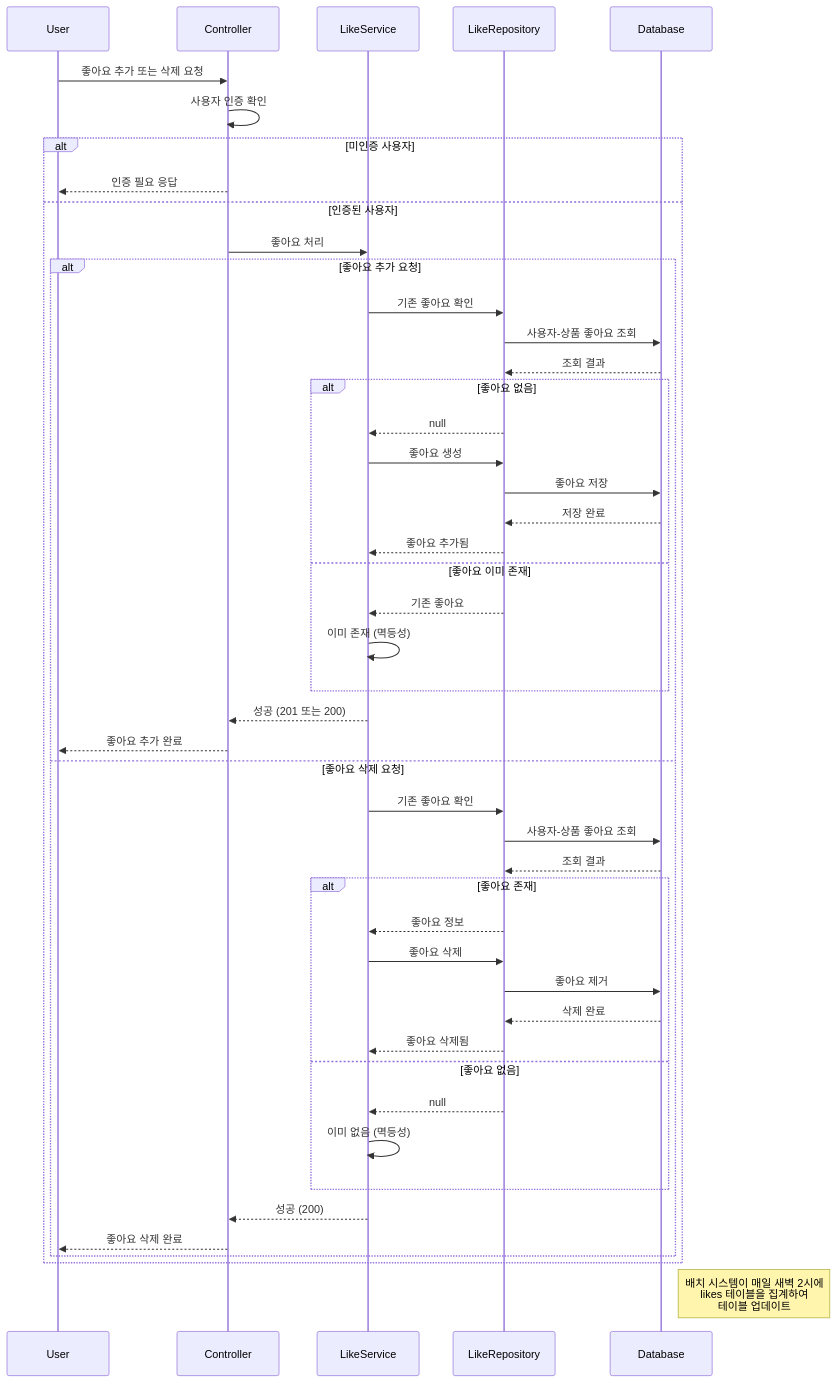
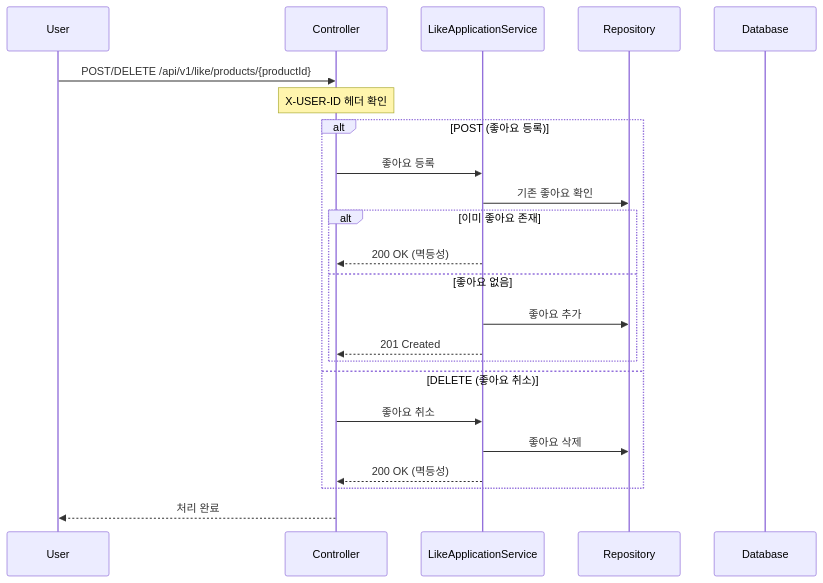
Before and after one commit to h2jinee/loopers: the fifth of 10 diagrams in docs/design/02-sequence-diagrams.md, drawn with Mermaid. The commit also changed other lines of this file and 3 other files, not shown here.

````diff
--- a/docs/design/02-sequence-diagrams.md
+++ b/docs/design/02-sequence-diagrams.md
@@ -165,58 +112,30 @@
 ```mermaid
 sequenceDiagram
     participant U as User
     participant C as Controller
-    participant LS as LikeService
-    participant LR as LikeRepository
+    participant AS as LikeApplicationService
+    participant Repo as Repository
     participant DB as Database
 
-    U->>C: 좋아요 추가 또는 삭제 요청
-    C->>C: 사용자 인증 확인
+    U->>C: POST/DELETE /api/v1/like/products/{productId}
+    Note over C: X-USER-ID 헤더 확인
     
-    alt 미인증 사용자
-        C-->>U: 인증 필요 응답
-    else 인증된 사용자
-        C->>LS: 좋아요 처리
+    alt POST (좋아요 등록)
+        C->>AS: 좋아요 등록
+        AS->>Repo: 기존 좋아요 확인
         
-        alt 좋아요 추가 요청
-            LS->>LR: 기존 좋아요 확인
-            LR->>DB: 사용자-상품 좋아요 조회
-            DB-->>LR: 조회 결과
-            
-            alt 좋아요 없음
-                LR-->>LS: null
-                LS->>LR: 좋아요 생성
-                LR->>DB: 좋아요 저장
-                DB-->>LR: 저장 완료
-                LR-->>LS: 좋아요 추가됨
-            else 좋아요 이미 존재
-                LR-->>LS: 기존 좋아요
-                LS->>LS: 이미 존재 (멱등성)
-            end
-            
-            LS-->>C: 성공 (201 또는 200)
-            C-->>U: 좋아요 추가 완료
-            
-        else 좋아요 삭제 요청
-            LS->>LR: 기존 좋아요 확인
-            LR->>DB: 사용자-상품 좋아요 조회
-            DB-->>LR: 조회 결과
-            
-            alt 좋아요 존재
-                LR-->>LS: 좋아요 정보
-                LS->>LR: 좋아요 삭제
-                LR->>DB: 좋아요 제거
-                DB-->>LR: 삭제 완료
-                LR-->>LS: 좋아요 삭제됨
-            else 좋아요 없음
-                LR-->>LS: null
-                LS->>LS: 이미 없음 (멱등성)
-            end
-            
-            LS-->>C: 성공 (200)
-            C-->>U: 좋아요 삭제 완료
+        alt 이미 좋아요 존재
+            AS-->>C: 200 OK (멱등성)
+        else 좋아요 없음
+            AS->>Repo: 좋아요 추가
+            AS-->>C: 201 Created
         end
+        
+    else DELETE (좋아요 취소)
+        C->>AS: 좋아요 취소
+        AS->>Repo: 좋아요 삭제
+        AS-->>C: 200 OK (멱등성)
     end
     
-    Note right of DB: 배치 시스템이 매일 새벽 2시에<br/>likes 테이블을 집계하여<br/>테이블 업데이트
+    C-->>U: 처리 완료
 ```
````
